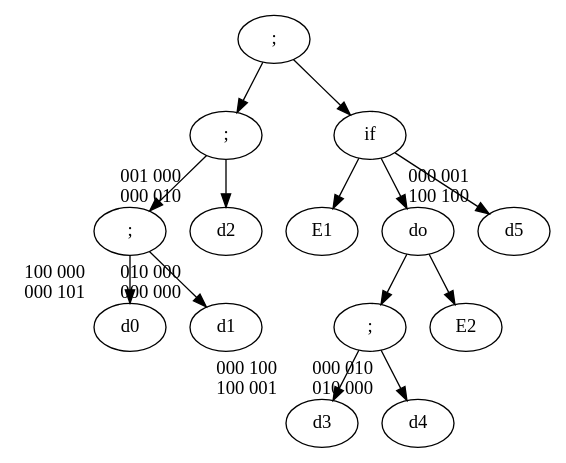
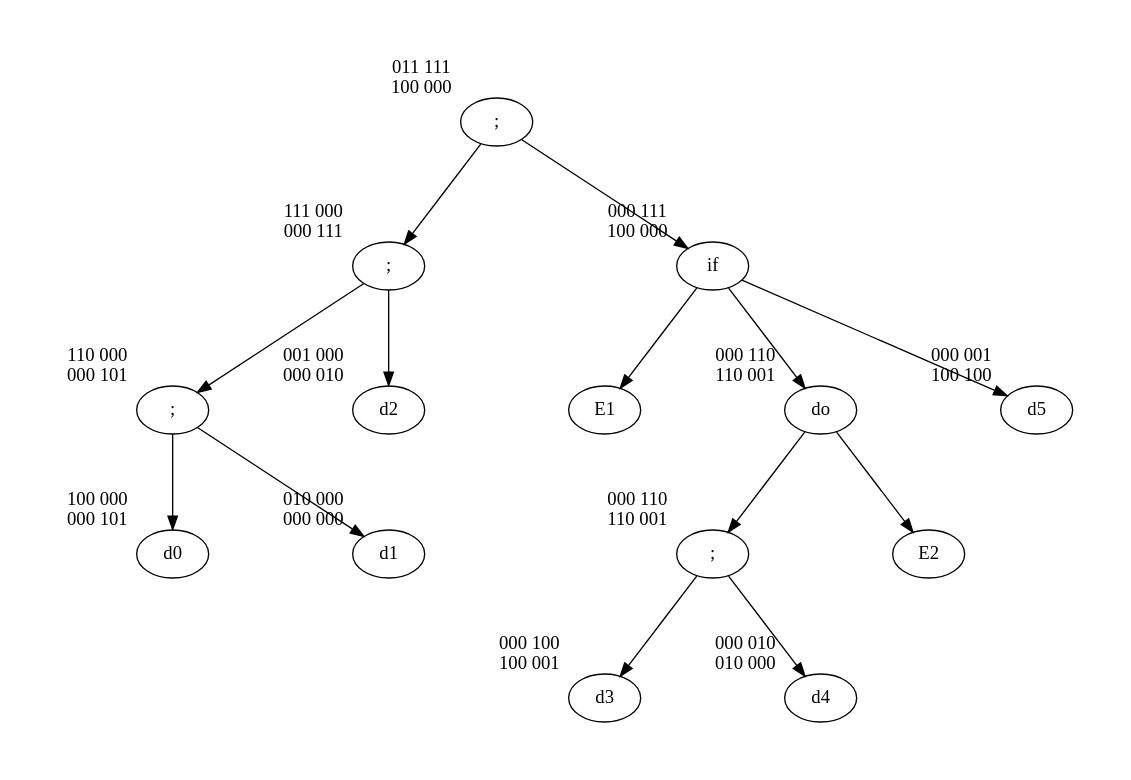
One commit to N-Coder/AbhAna changed the diagram in Übung 1/023b.dot. Above: the diagram before and after it, drawn with Graphviz. The commit also changed 1 other file, not shown here.

```diff
--- a/Übung 1/023b.dot
+++ b/Übung 1/023b.dot
@@ -1,18 +1,23 @@
+// gen- und kill-Mengen
+
 digraph {
-    s0[label=";"];
+    graph [pad="0.5", nodesep="1.5", ranksep="1"];
     d0[xlabel="100 000\n000 101"];
     s0 -> d0, d1;
-    s1[label=";"];
+    s0[label=";", xlabel="110 000\n000 101"];
     d1[xlabel="010 000\n000 000"];
     d2[xlabel="001 000\n000 010"];
+    s1[label=";", xlabel="111 000\n000 111"];
     s1 -> s0,d2;
-    s2[label=";"];
+    s2[label=";", xlabel="011 111\n100 000"];
     s2 -> s1,if;
+    if[xlabel="000 111\n100 000"];
     if -> E1,do,d5;
-    s3[label=";"]
+    s3[label=";", xlabel="000 110\n110 001"];
+    do[xlabel="000 110\n110 001"];
     do -> s3,E2;
     d3[xlabel="000 100\n100 001"];
     d4[xlabel="000 010\n010 000"];
     d5[xlabel="000 001\n100 100"];
     s3 -> d3,d4;
 }
```
